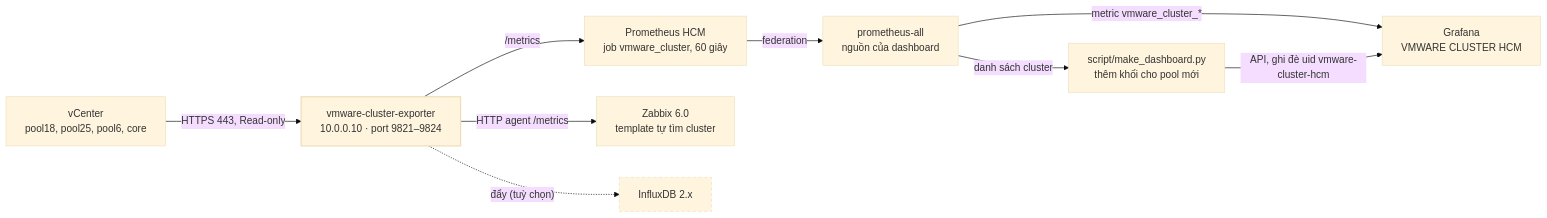
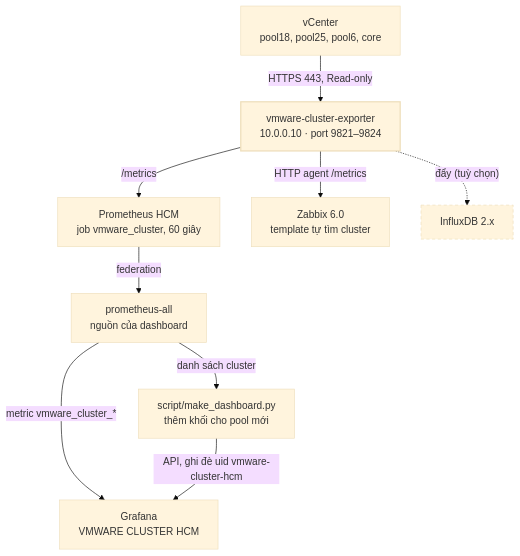
One commit to fixnhanh-linux/monitor-grafana-vcenter-total-cluster-prometheus changed the diagram in README.md. Above: the diagram before and after it, drawn with Mermaid (base theme).

Commit message:
README: so do xep doc cho de doc

````diff
--- a/README.md
+++ b/README.md
@@ -8,13 +8,13 @@
 ```mermaid
-flowchart LR
+flowchart TB
     VC["vCenter<br/>pool18, pool25, pool6, core"] -- "HTTPS 443, Read-only" --> EX["vmware-cluster-exporter<br/>10.0.0.10 · port 9821–9824"]
     EX -- "/metrics" --> PH["Prometheus HCM<br/>job vmware_cluster, 60 giây"]
     EX -- "HTTP agent /metrics" --> ZB["Zabbix 6.0<br/>template tự tìm cluster"]
     EX -. "đẩy (tuỳ chọn)" .-> IF["InfluxDB 2.x"]
     PH -- "federation" --> PA["prometheus-all<br/>nguồn của dashboard"]
     PA -- "metric vmware_cluster_*" --> GF["Grafana<br/>VMWARE CLUSTER HCM"]
     PA -- "danh sách cluster" --> MD["script/make_dashboard.py<br/>thêm khối cho pool mới"]
     MD -- "API, ghi đè uid vmware-cluster-hcm" --> GF
     style EX stroke-width:2px
     style IF stroke-dasharray: 5 4
 ```
````
